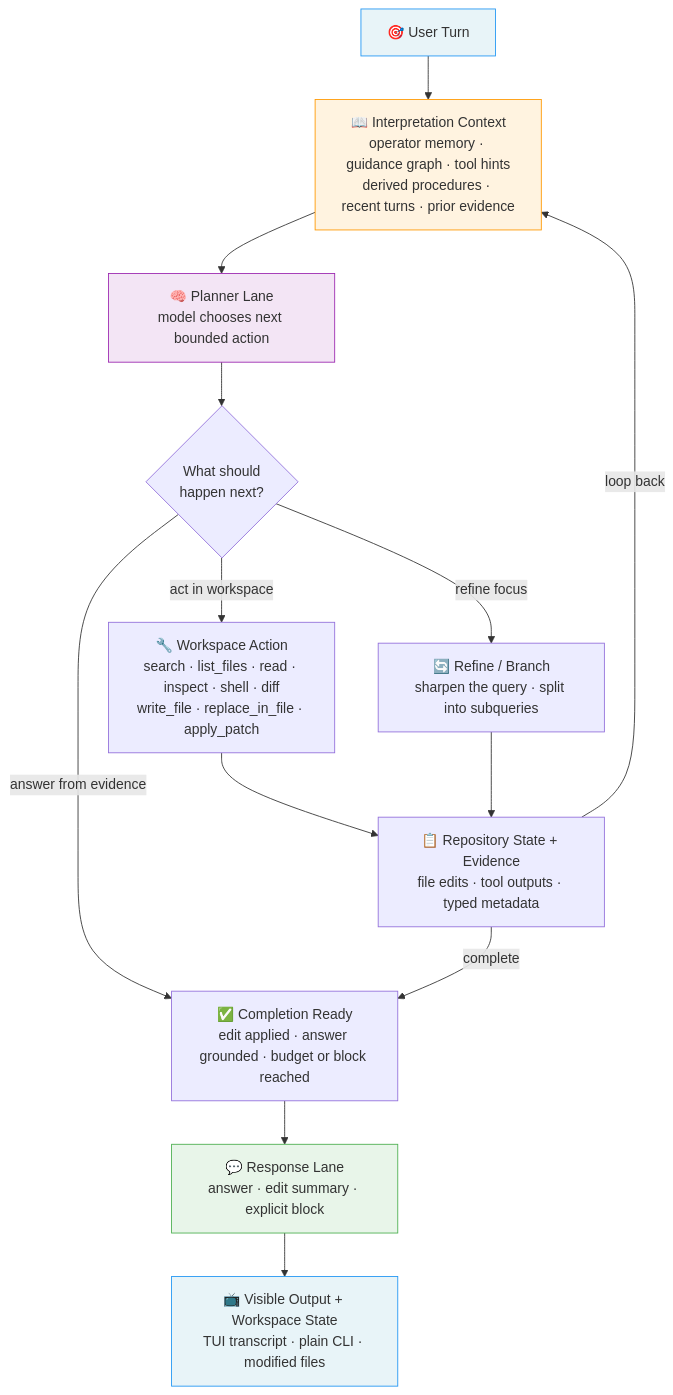
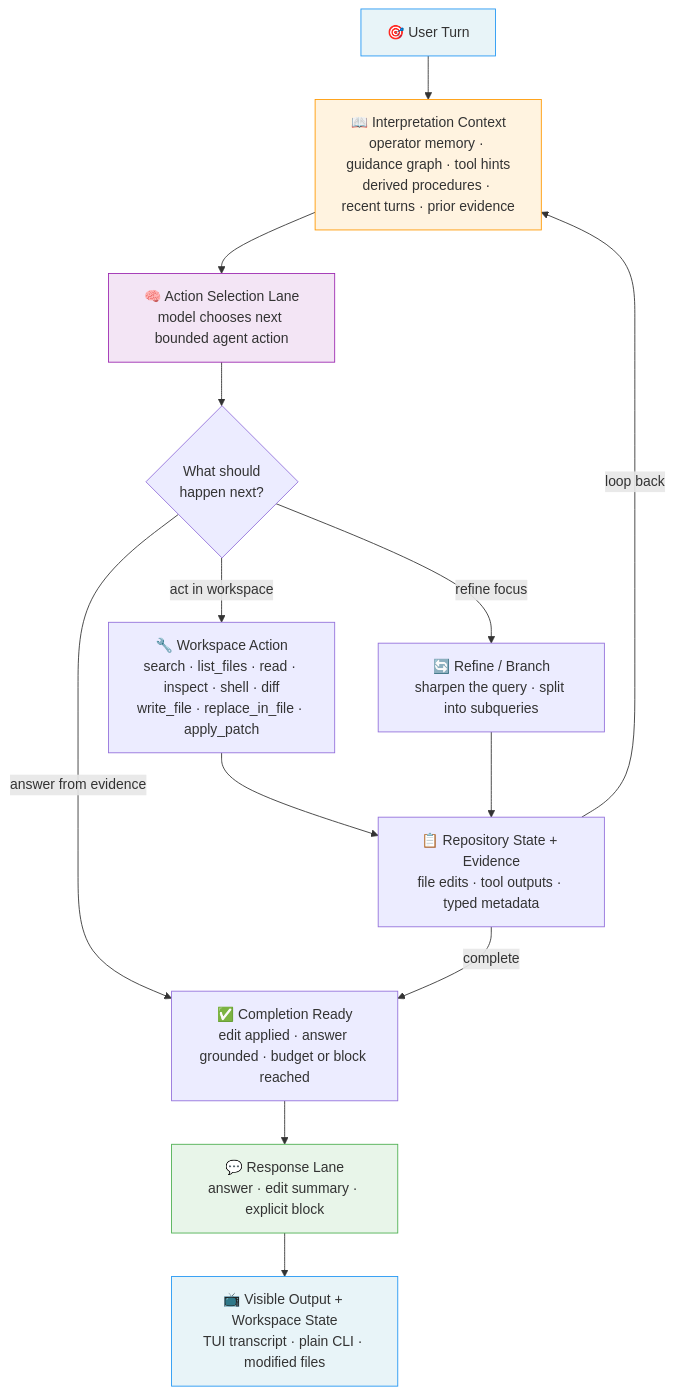
Before and after one commit to spoke-sh/paddles: the first of 6 diagrams in README.md, drawn with Mermaid. The commit also changed other lines of this file and 17 other files, not shown here.

````diff
--- a/README.md
+++ b/README.md
@@ -25,27 +25,27 @@
 ```mermaid
 flowchart TD
     U["🎯 User Turn"]
     I["📖 Interpretation Context<br/>operator memory · guidance graph · tool hints<br/>derived procedures · recent turns · prior evidence"]
-    P["🧠 Planner Lane<br/>model chooses next bounded action"]
+    P["🧠 Action Selection Lane<br/>model chooses next bounded agent action"]
     D{"What should<br/>happen next?"}
     W["🔧 Workspace Action<br/>search · list_files · read · inspect · shell · diff<br/>write_file · replace_in_file · apply_patch"]
     R["🔄 Refine / Branch<br/>sharpen the query · split into subqueries"]
     E["📋 Repository State + Evidence<br/>file edits · tool outputs · typed metadata"]
     T["✅ Completion Ready<br/>edit applied · answer grounded · budget or block reached"]
     S["💬 Response Lane<br/>answer · edit summary · explicit block"]
     O["📺 Visible Output + Workspace State<br/>TUI transcript · plain CLI · modified files"]
 
     U --> I --> P --> D
     D -->|"answer from evidence"| T
     D -->|"act in workspace"| W --> E
     D -->|"refine focus"| R --> E
     E -->|"loop back"| I
     E -->|"complete"| T
     T --> S --> O
 
     style U fill:#e8f4f8,stroke:#2196F3
     style I fill:#fff3e0,stroke:#FF9800
     style P fill:#f3e5f5,stroke:#9C27B0
     style S fill:#e8f5e9,stroke:#4CAF50
     style O fill:#e8f4f8,stroke:#2196F3
 ```
````
